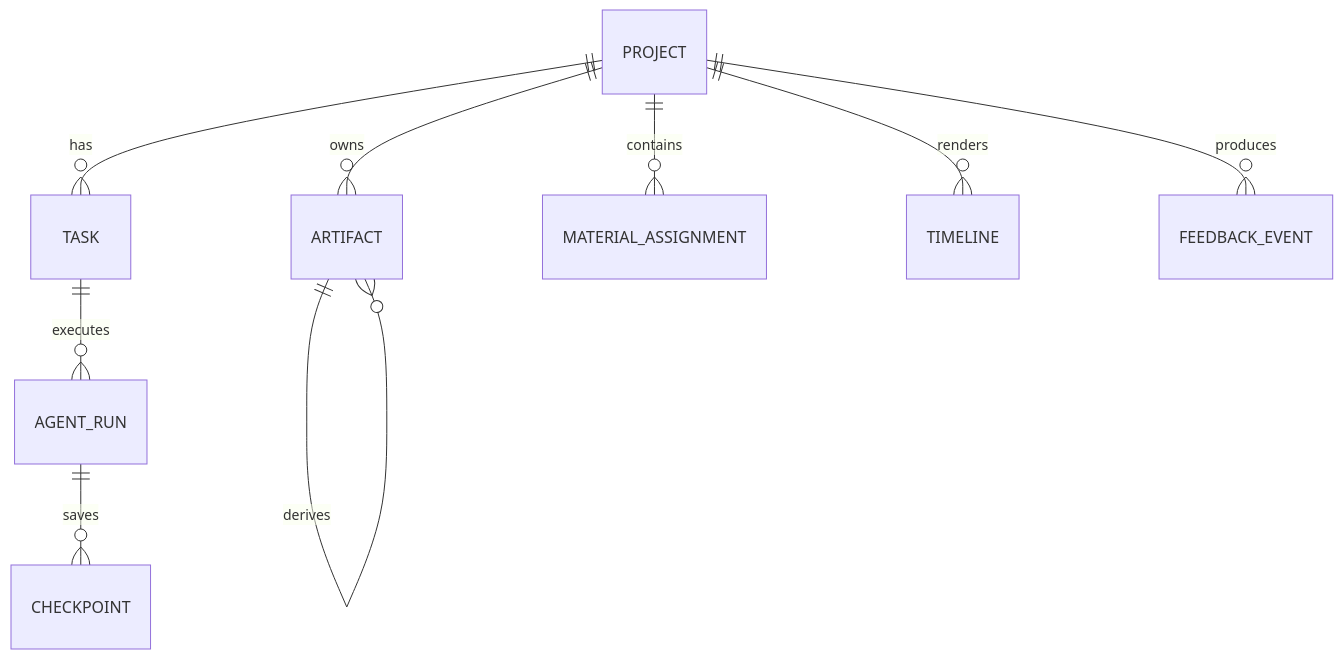
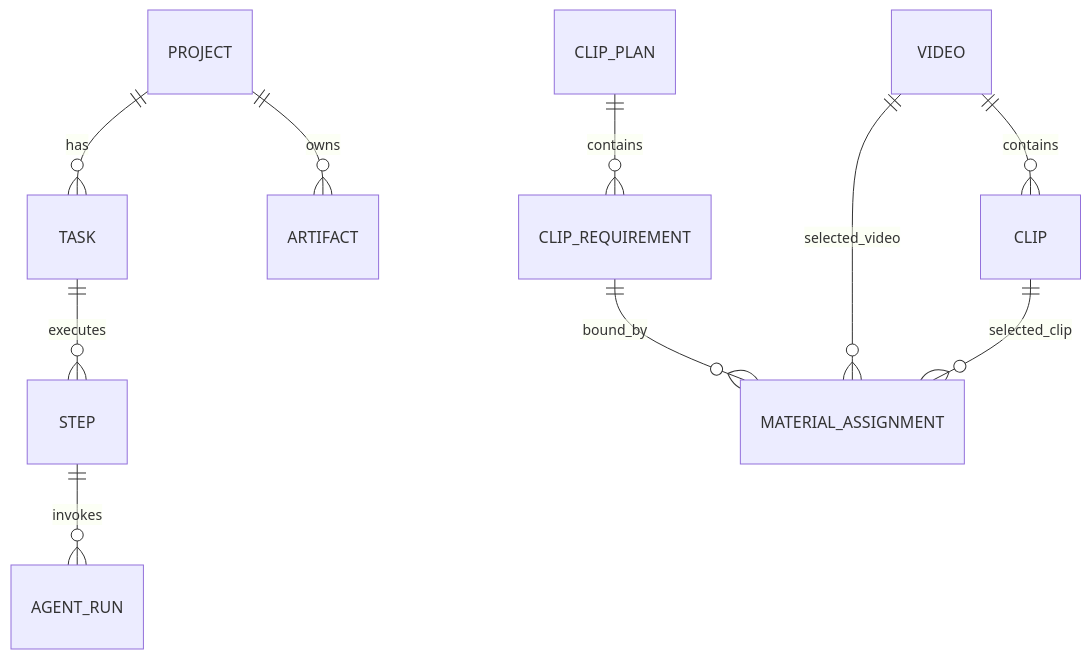
The third of 4 diagrams in implementation/04_VideoDomainAgent_详细设计与实施手册.md (human-cosmos/search-rec-docs), drawn with Mermaid before and after one commit. The commit also changed other lines of this file and 14 other files, not shown here.

Commit message:
docs: finalize Video/Clip agent scope and remove rights filtering

````diff
--- a/implementation/04_VideoDomainAgent_详细设计与实施手册.md
+++ b/implementation/04_VideoDomainAgent_详细设计与实施手册.md
@@ -232,11 +191,12 @@
 ```mermaid
 erDiagram
   PROJECT ||--o{ TASK : has
-  TASK ||--o{ AGENT_RUN : executes
-  AGENT_RUN ||--o{ CHECKPOINT : saves
+  TASK ||--o{ STEP : executes
+  STEP ||--o{ AGENT_RUN : invokes
   PROJECT ||--o{ ARTIFACT : owns
-  ARTIFACT ||--o{ ARTIFACT : derives
-  PROJECT ||--o{ MATERIAL_ASSIGNMENT : contains
-  PROJECT ||--o{ TIMELINE : renders
-  PROJECT ||--o{ FEEDBACK_EVENT : produces
+  VIDEO ||--o{ CLIP : contains
+  CLIP_PLAN ||--o{ CLIP_REQUIREMENT : contains
+  CLIP_REQUIREMENT ||--o{ MATERIAL_ASSIGNMENT : bound_by
+  VIDEO ||--o{ MATERIAL_ASSIGNMENT : selected_video
+  CLIP ||--o{ MATERIAL_ASSIGNMENT : selected_clip
 ```
````
